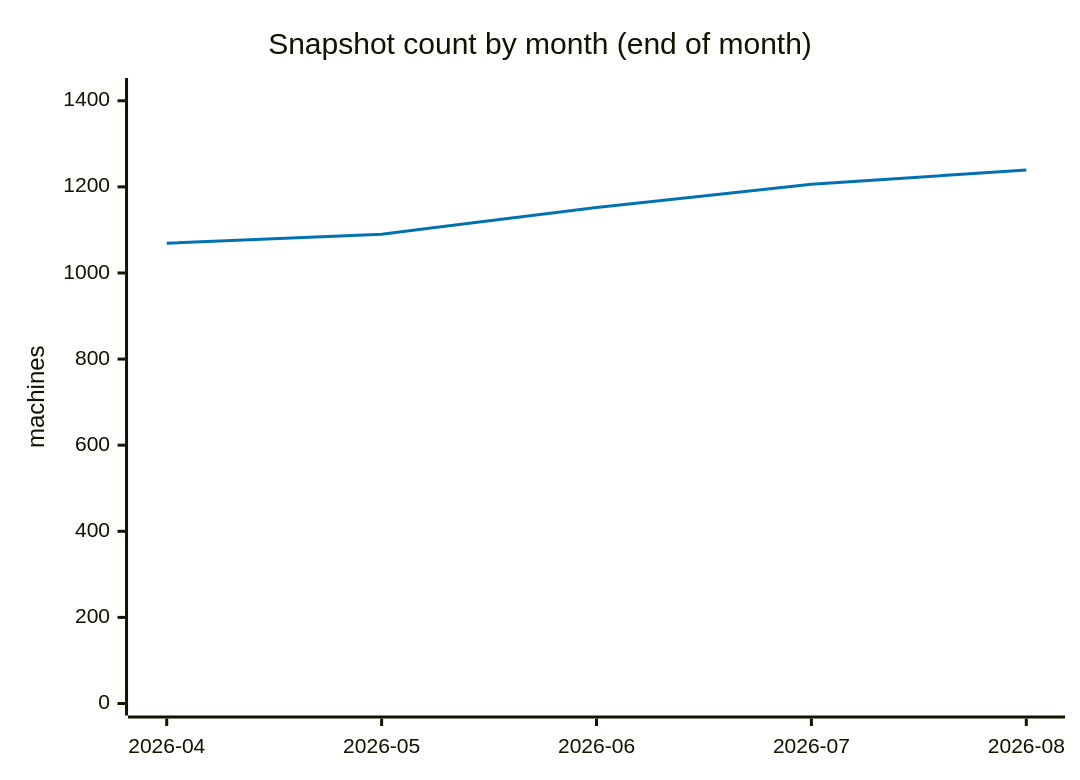
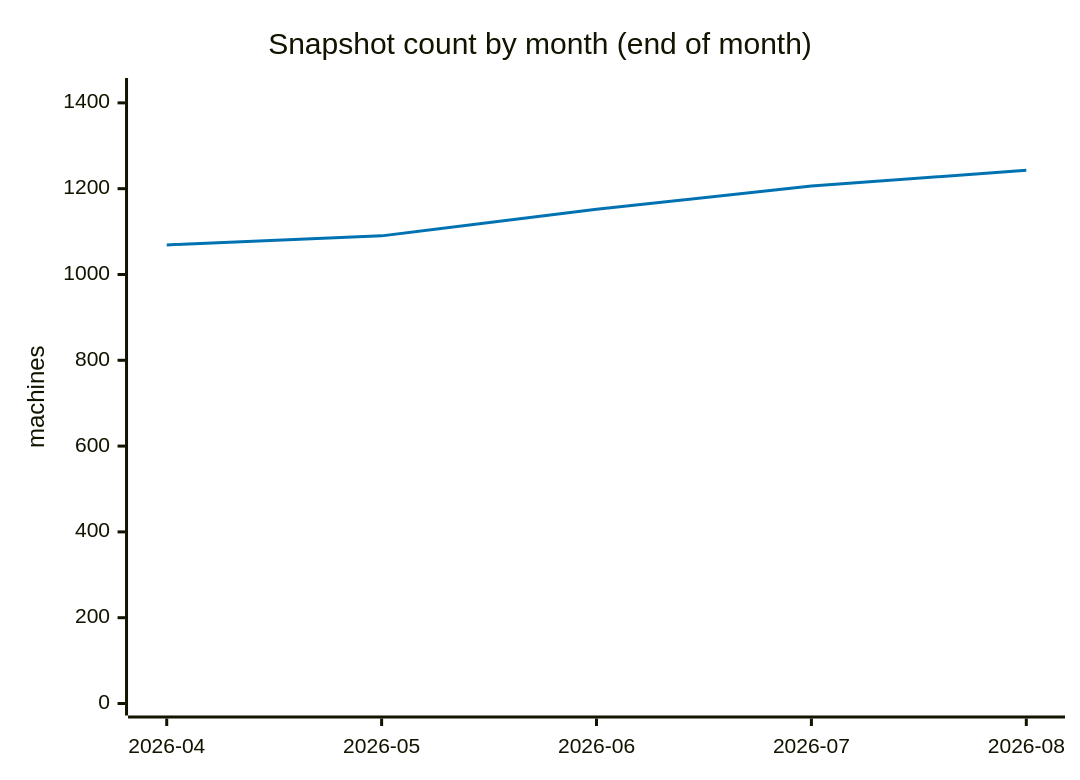
The sixth of 7 diagrams in ANALYSIS.md (cheeaun/returnright-data), drawn with Mermaid before and after one commit. The commit also changed other lines of this file and 3 other files, not shown here.

````diff
--- a/ANALYSIS.md
+++ b/ANALYSIS.md
@@ -288,13 +284,13 @@
 ```mermaid
 ---
 config:
   themeVariables:
     xyChart:
       plotColorPalette: "#0072B2"
 ---
 xychart-beta
     title "Snapshot count by month (end of month)"
     x-axis ["2026-04", "2026-05", "2026-06", "2026-07", "2026-08"]
-    y-axis "machines" 0 --> 1425
-    line [1069, 1090, 1152, 1206, 1239]
+    y-axis "machines" 0 --> 1430
+    line [1069, 1090, 1152, 1206, 1243]
 ```
````
